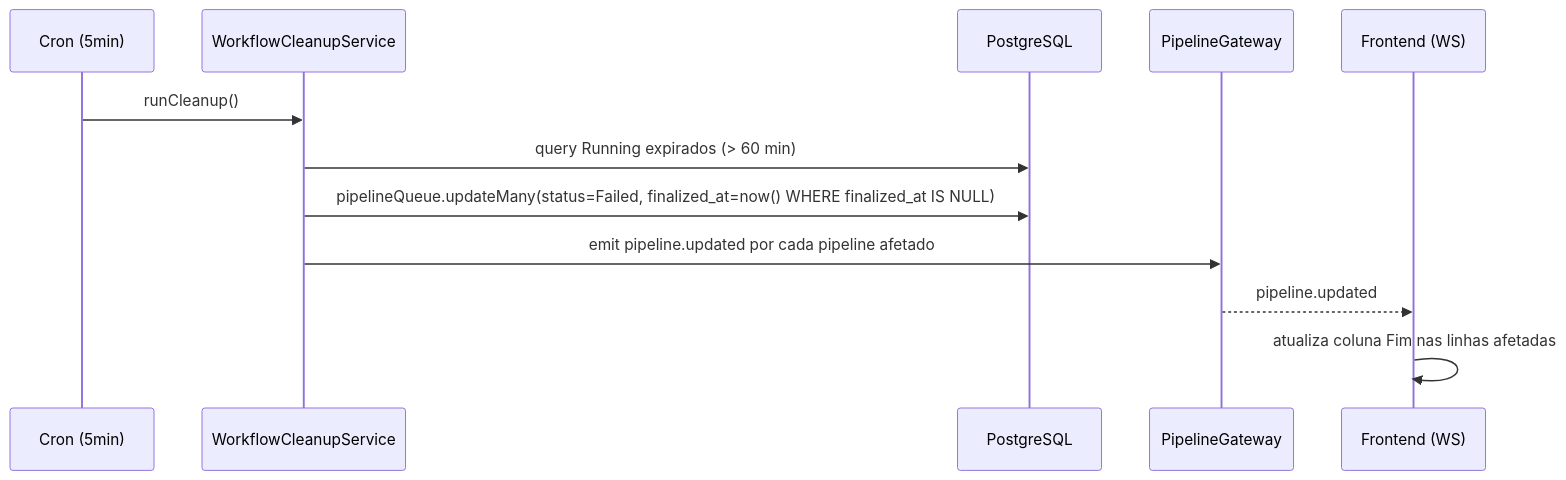
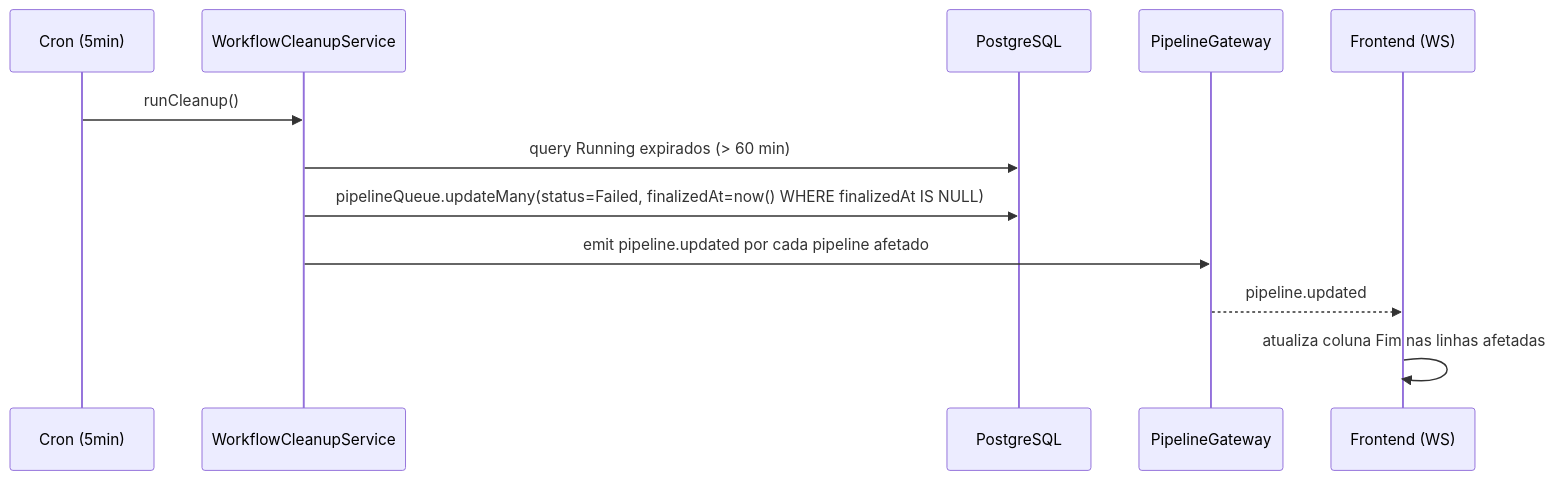
One commit to adaptwebtech/monitor-deploy changed the fifth of 8 diagrams in docs/specs/pipeline-queue-timestamps.md. Above: the diagram before and after it, drawn with Mermaid. The commit also changed other lines of this file and 21 other files, not shown here.

````diff
--- a/docs/specs/pipeline-queue-timestamps.md
+++ b/docs/specs/pipeline-queue-timestamps.md
@@ -192,15 +192,15 @@
 ```mermaid
 sequenceDiagram
     participant CRON as Cron (5min)
     participant WC as WorkflowCleanupService
     participant DB as PostgreSQL
     participant GW as PipelineGateway
     participant FE as Frontend (WS)
 
     CRON->>WC: runCleanup()
     WC->>DB: query Running expirados (> 60 min)
-    WC->>DB: pipelineQueue.updateMany(status=Failed, finalized_at=now() WHERE finalized_at IS NULL)
+    WC->>DB: pipelineQueue.updateMany(status=Failed, finalizedAt=now() WHERE finalizedAt IS NULL)
     WC->>GW: emit pipeline.updated por cada pipeline afetado
     GW-->>FE: pipeline.updated
     FE->>FE: atualiza coluna Fim nas linhas afetadas
 ```
````
